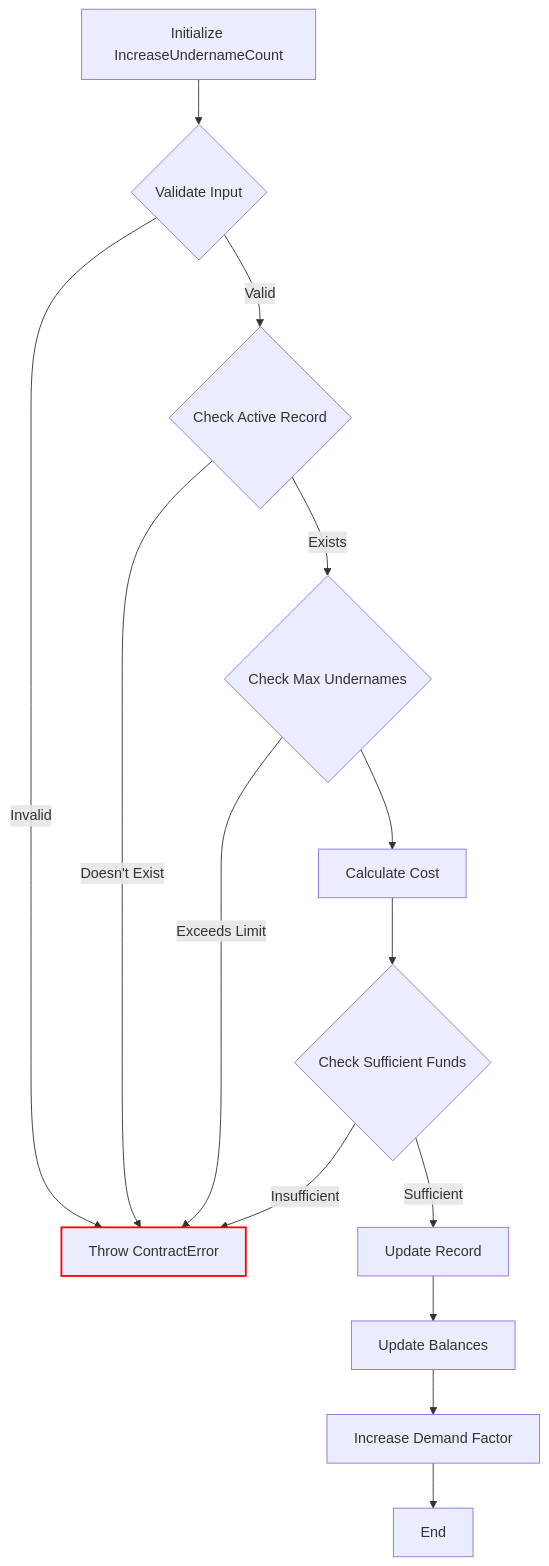
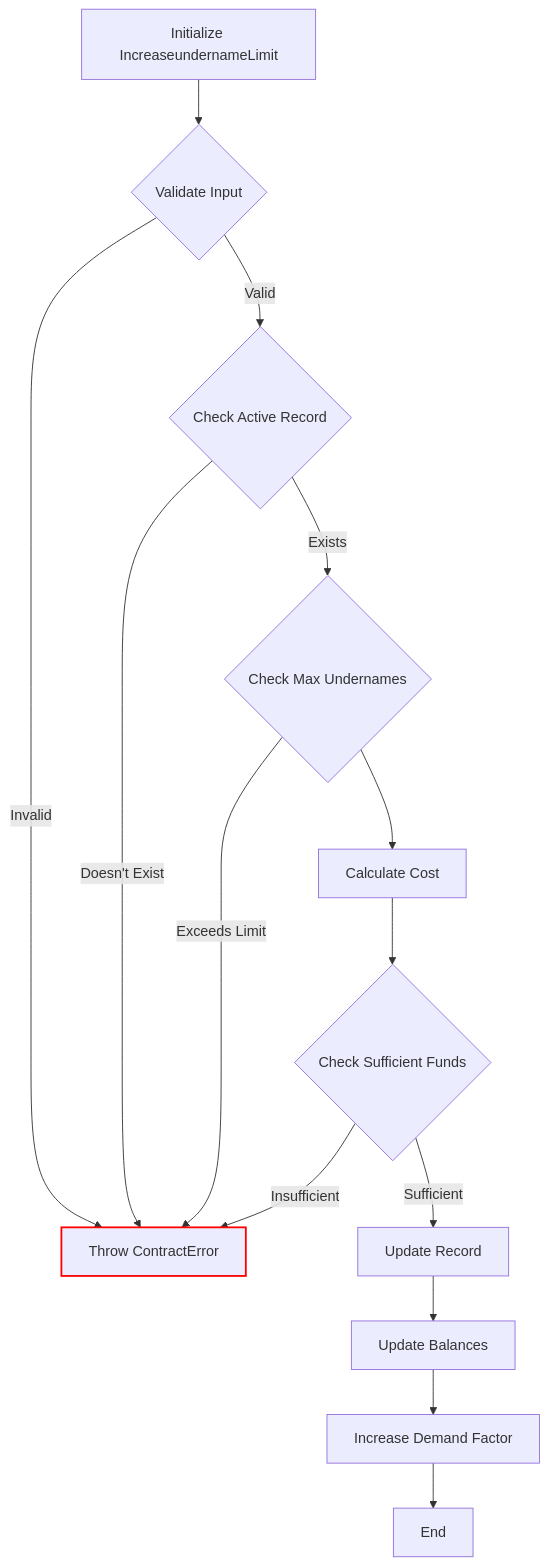
Before and after one commit to ar-io/ar-io-network-process: the diagram in docs/increase_undername_limit.md, drawn with Mermaid. The commit also changed 4 other files, not shown here.

````diff
--- a/docs/increase_undername_limit.md
+++ b/docs/increase_undername_limit.md
@@ -3,18 +3,18 @@
 ```mermaid 
 graph TD
     classDef redBorder stroke:#ff0000,stroke-width:2px;
-    Init[Initialize IncreaseUndernameCount] --> ValidateInput{Validate Input}
+    Init[Initialize IncreaseundernameLimit] --> ValidateInput{Validate Input}
     ValidateInput -- Valid --> CheckRecord{Check Active Record}
     ValidateInput -- Invalid --> Error
     CheckRecord -- Exists --> CheckMaxUndernames{Check Max Undernames}
     CheckRecord -- Doesn't Exist --> Error[Throw ContractError]
     CheckMaxUndernames -- Exceeds Limit --> Error
     CheckMaxUndernames --> CalculateCost[Calculate Cost]
     CalculateCost --> CheckFunds{Check Sufficient Funds}
     CheckFunds -- Sufficient --> UpdateRecord[Update Record]
     CheckFunds -- Insufficient --> Error
     UpdateRecord --> UpdateBalances[Update Balances]
     UpdateBalances --> IncreaseDemand[Increase Demand Factor]
     IncreaseDemand --> End
     class Error redBorder
 ```
````
